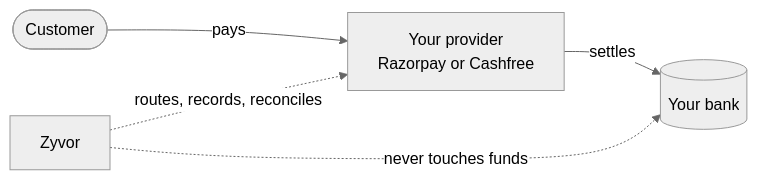
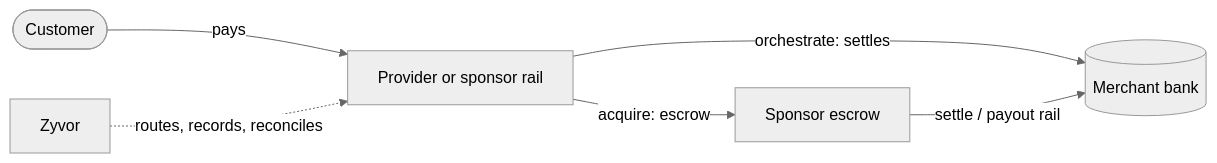
The first of 8 diagrams in docs/zyvor/HOW_IT_WORKS.md (zyvorai/vayora), drawn with Mermaid (neutral theme) before and after one commit. The commit also changed other lines of this file and 12 other files, not shown here.

````diff
--- a/docs/zyvor/HOW_IT_WORKS.md
+++ b/docs/zyvor/HOW_IT_WORKS.md
@@ -9,7 +14,8 @@
 ```mermaid
 flowchart LR
-  C([Customer]) -- pays --> P[Your provider<br/>Razorpay or Cashfree]
-  P -- settles --> B[(Your bank)]
+  C([Customer]) -- pays --> P[Provider or sponsor rail]
+  P -- orchestrate: settles --> B[(Merchant bank)]
+  P -- acquire: escrow --> E[Sponsor escrow]
+  E -- settle / payout rail --> B
   Z[Zyvor] -. routes, records, reconciles .-> P
-  Z -. never touches funds .-> B
 ```
````
